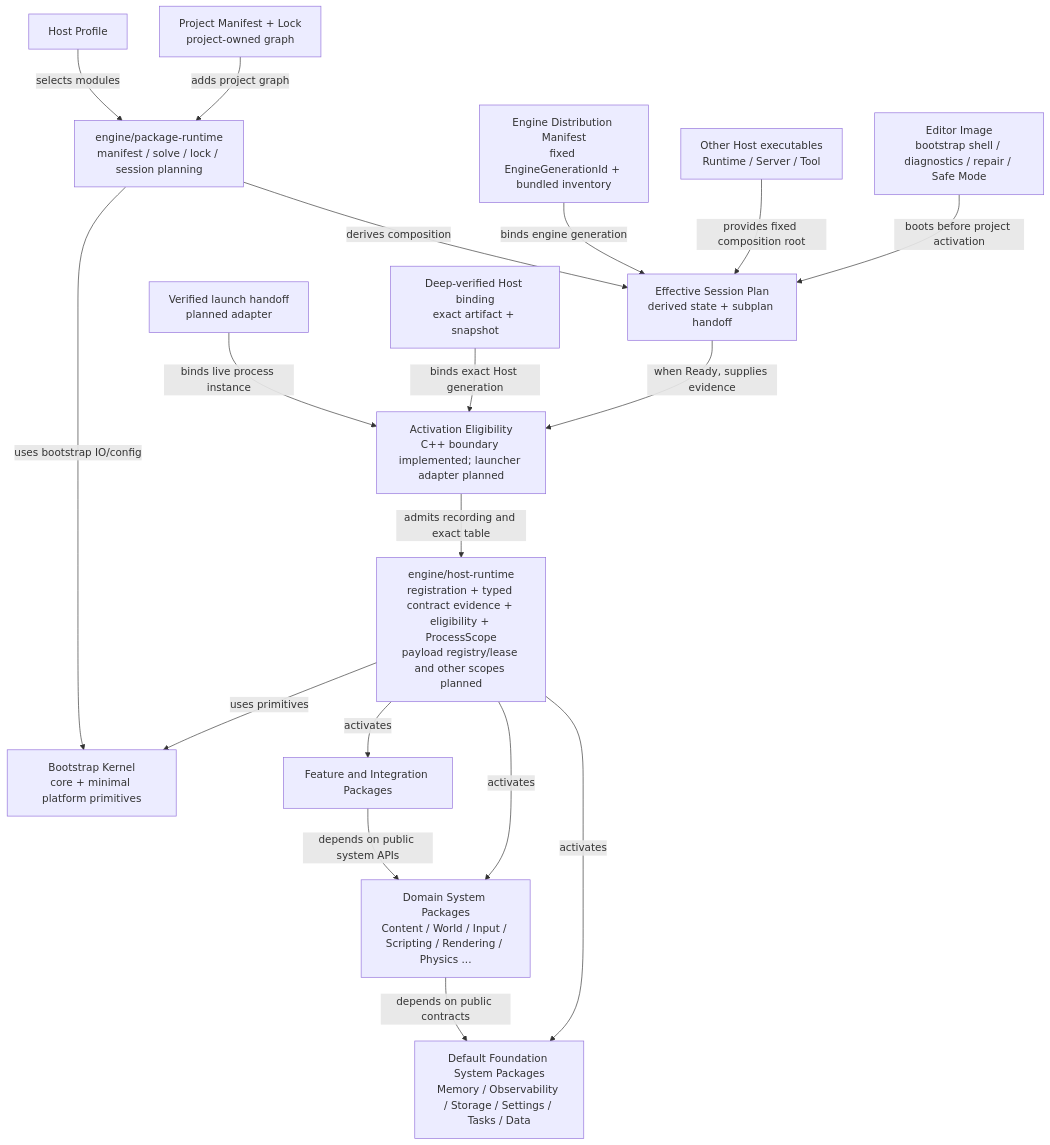
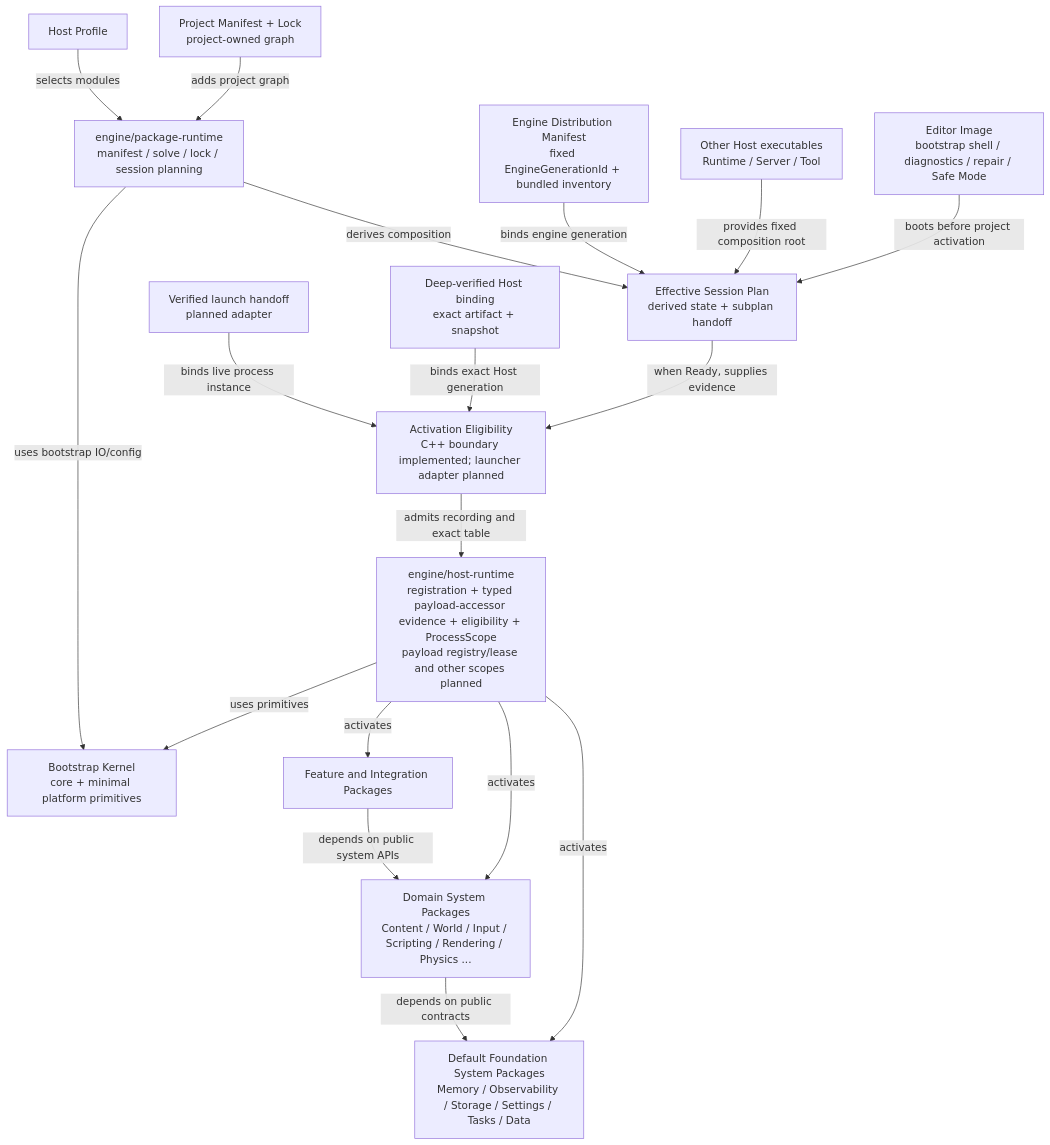
The first of 4 diagrams in docs/architecture/foundation-framework.md (66six11/Engine), drawn with Mermaid before and after one commit. The commit also changed other lines of this file and 56 other files, not shown here.

First line of the commit message:
feat: bind typed contribution payload accessors

````diff
--- a/docs/architecture/foundation-framework.md
+++ b/docs/architecture/foundation-framework.md
@@ -32,36 +34,36 @@
 ```mermaid
 flowchart TB
     EditorImage["Editor Image\nbootstrap shell / diagnostics / repair / Safe Mode"]
     Apps["Other Host executables\nRuntime / Server / Tool"]
     Distribution["Engine Distribution Manifest\nfixed EngineGenerationId + bundled inventory"]
     Project["Project Manifest + Lock\nproject-owned graph"]
     Profile["Host Profile"]
     Session["Effective Session Plan\nderived state + subplan handoff"]
     Binding["Deep-verified Host binding\nexact artifact + snapshot"]
     Launch["Verified launch handoff\nplanned adapter"]
     Eligibility["Activation Eligibility\nC++ boundary implemented; launcher adapter planned"]
-    Host["engine/host-runtime\nregistration + typed contract evidence + eligibility + ProcessScope\npayload registry/lease and other scopes planned"]
+    Host["engine/host-runtime\nregistration + typed payload-accessor evidence + eligibility + ProcessScope\npayload registry/lease and other scopes planned"]
     Package["engine/package-runtime\nmanifest / solve / lock / session planning"]
     Kernel["Bootstrap Kernel\ncore + minimal platform primitives"]
     Foundation["Default Foundation System Packages\nMemory / Observability / Storage / Settings / Tasks / Data"]
     Domain["Domain System Packages\nContent / World / Input / Scripting / Rendering / Physics ..."]
     Features["Feature and Integration Packages"]
 
     EditorImage -->|boots before project activation| Session
     Apps -->|provides fixed composition root| Session
     Distribution -->|binds engine generation| Session
     Project -->|adds project graph| Package
     Profile -->|selects modules| Package
     Package -->|derives composition| Session
     Session -->|when Ready, supplies evidence| Eligibility
     Binding -->|binds exact Host generation| Eligibility
     Launch -->|binds live process instance| Eligibility
     Eligibility -->|admits recording and exact table| Host
     Host -->|uses primitives| Kernel
     Host -->|activates| Foundation
     Host -->|activates| Domain
     Host -->|activates| Features
     Package -->|uses bootstrap IO/config| Kernel
     Domain -->|depends on public contracts| Foundation
     Features -->|depends on public system APIs| Domain
 ```
````
